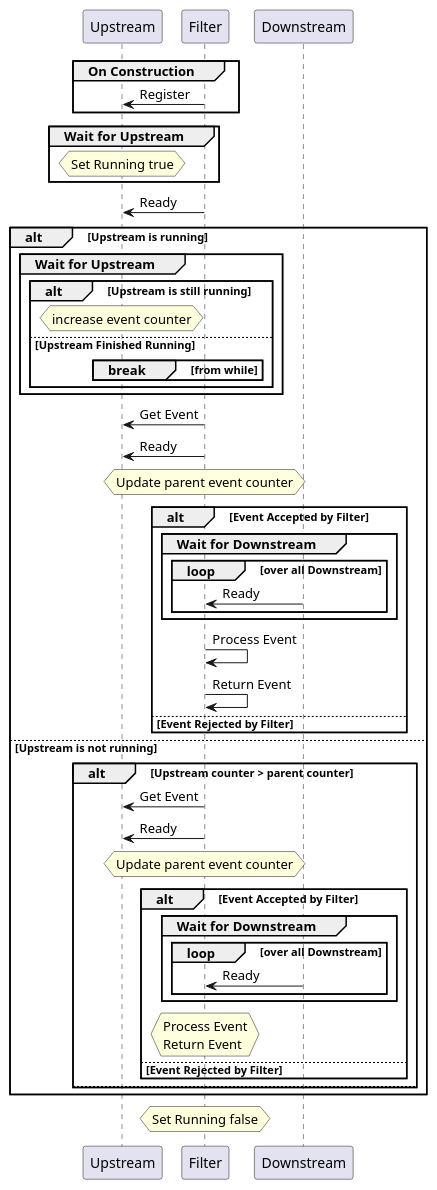
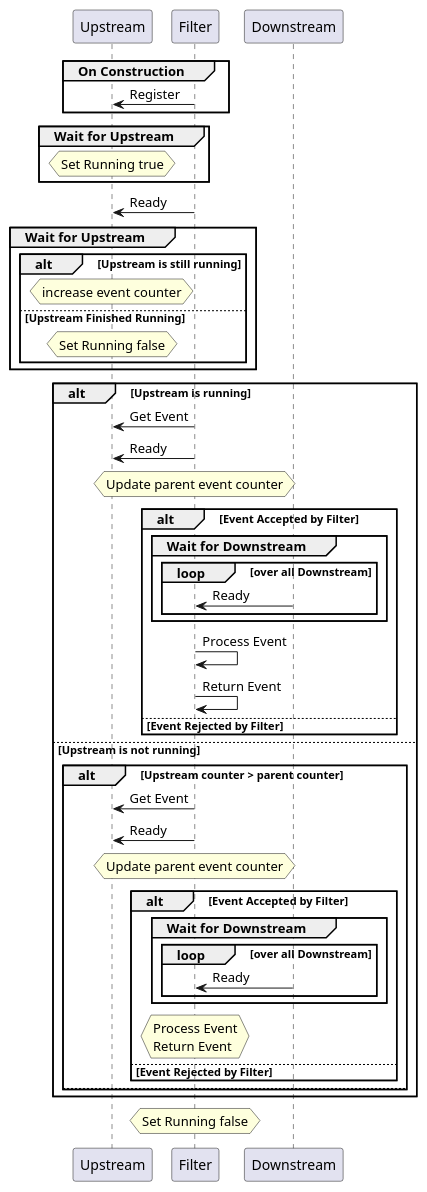
The second of 3 diagrams in take_2/doc/flowchart.org (HopkinsIDD/cfepi), drawn with PlantUML before and after one commit. The commit also changed 5 other files, not shown here.

```diff
--- a/take_2/doc/flowchart.org
+++ b/take_2/doc/flowchart.org
@@ -33,71 +33,72 @@
 #+begin_src plantuml :file filtered_generator.png
 participant Upstream order 1
 participant Filter order 2
 participant Downstream order 3
 
 group On Construction
   Filter->Upstream: Register
 end
 
 group Wait for Upstream
   hnote over Upstream
     Set Running true
   endhnote
 end
 
 Filter -> Upstream : Ready
+group Wait for Upstream
+  alt Upstream is still running
+    hnote over Upstream
+      increase event counter
+    endhnote
+  else Upstream Finished Running
+    hnote over Upstream
+      Set Running false
+    endhnote
+  end
+end
 alt Upstream is running
-  group Wait for Upstream
-    alt Upstream is still running
-      hnote over Upstream
-        increase event counter
-      endhnote
-    else Upstream Finished Running
-      break from while
-      end
-    end
-  end
   Filter -> Upstream : Get Event
   Filter -> Upstream : Ready
   hnote over Filter
     Update parent event counter
   endhnote
   alt Event Accepted by Filter
     group Wait for Downstream
       loop over all Downstream
         Downstream -> Filter : Ready
       end
     end
     Filter -> Filter : Process Event
     Filter -> Filter : Return Event
   else Event Rejected by Filter
   end
 else Upstream is not running
   alt Upstream counter > parent counter
     Filter -> Upstream : Get Event
     Filter -> Upstream : Ready
     hnote over Filter
       Update parent event counter
     endhnote
     alt Event Accepted by Filter
       group Wait for Downstream
         loop over all Downstream
           Downstream -> Filter : Ready
         end
       end
       hnote over Filter
         Process Event
         Return Event
       endhnote
     else Event Rejected by Filter
     end
   else
   end
 end
 
 
 hnote over Filter
   Set Running false
 endhnote
 
 #+end_src
```
